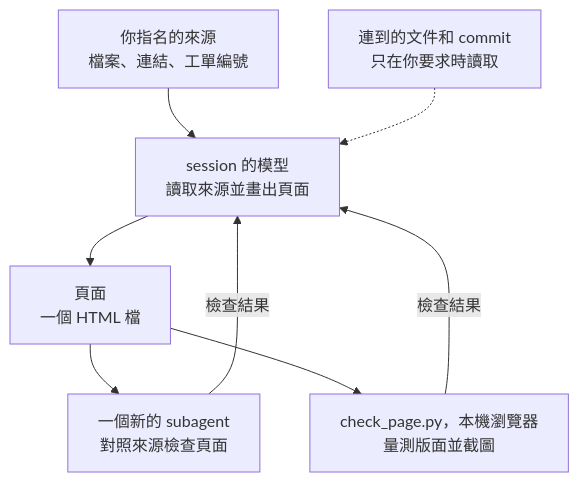
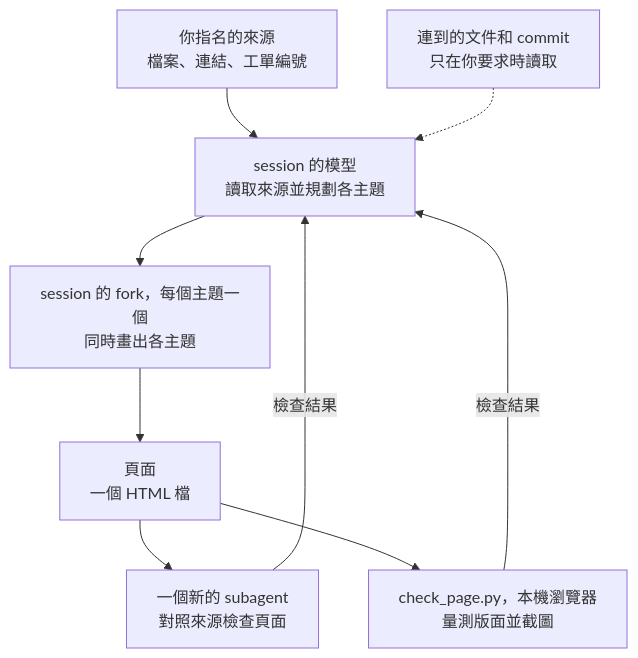
One commit to tundra-east/tundra changed the diagram in plugins/visualise-document/README.zh-TW.md. Above: the diagram before and after it, drawn with Mermaid. The commit also changed other lines of this file and 5 other files, not shown here.

````diff
--- a/plugins/visualise-document/README.zh-TW.md
+++ b/plugins/visualise-document/README.zh-TW.md
@@ -36,10 +36,11 @@
 ```mermaid
 flowchart TB
     sources["你指名的來源<br>檔案、連結、工單編號"] --> read
     linked["連到的文件和 commit<br>只在你要求時讀取"] -.-> read
-    read["session 的模型<br>讀取來源並畫出頁面"] --> page["頁面<br>一個 HTML 檔"]
+    read["session 的模型<br>讀取來源並規劃各主題"] --> forks["session 的 fork，每個主題一個<br>同時畫出各主題"]
+    forks --> page["頁面<br>一個 HTML 檔"]
     page --> verify["一個新的 subagent<br>對照來源檢查頁面"]
     page --> check["check_page.py，本機瀏覽器<br>量測版面並截圖"]
     verify -- 檢查結果 --> read
     check -- 檢查結果 --> read
 ```
````
